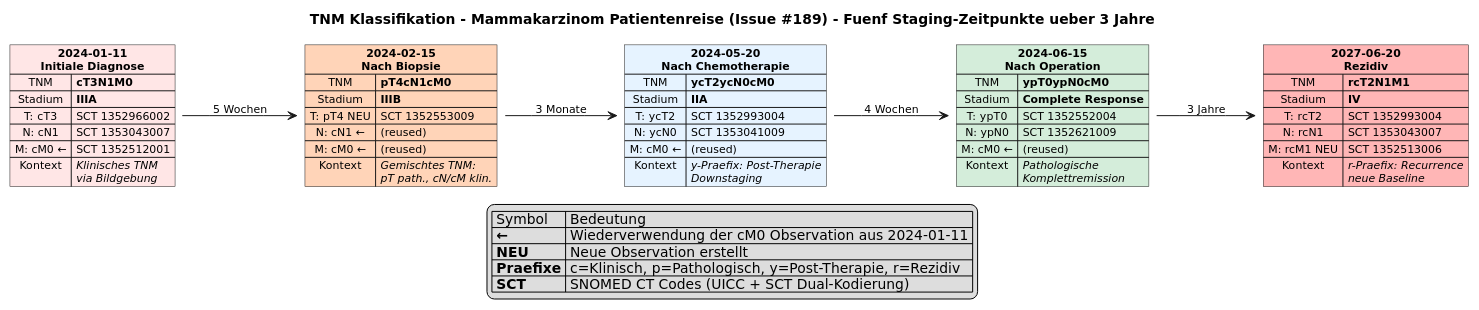
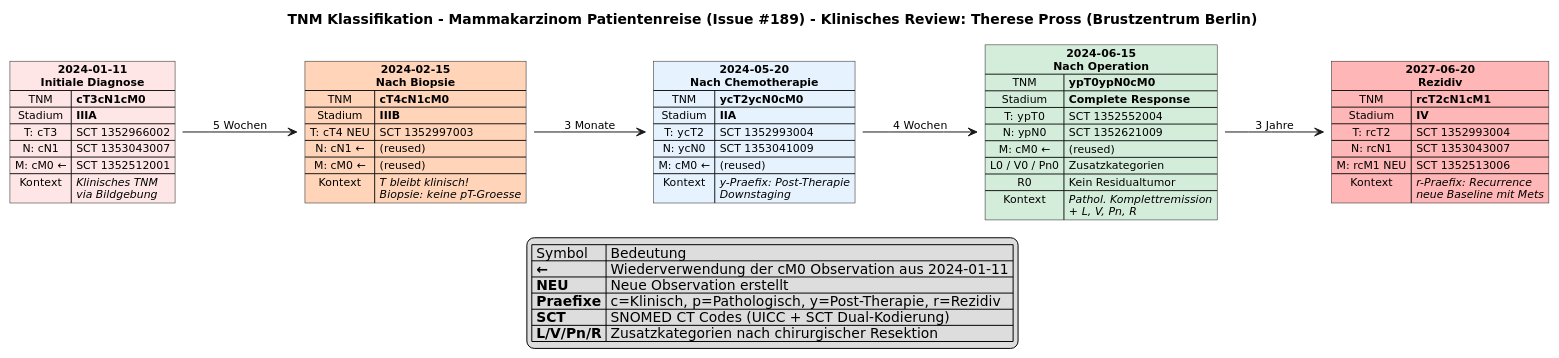
One commit to medizininformatik-initiative/kerndatensatzmodul-onkologie changed the diagram in input/images-source/tnm-breast-cancer-journey.puml. Above: the diagram before and after it, drawn with PlantUML. The commit also changed 13 other files, not shown here.

First line of the commit message:
fix: apply clinical review feedback from Therese Pross (#189)

```diff
--- a/input/images-source/tnm-breast-cancer-journey.puml
+++ b/input/images-source/tnm-breast-cancer-journey.puml
@@ -1,76 +1,79 @@
 @startuml TNM_Breast_Cancer_Journey
 
 left to right direction
 
 <style>
 title {
   FontSize 14
   FontStyle bold
 }
 </style>
 
 skinparam defaultFontSize 11
 skinparam defaultFontName "DejaVu Sans"
 skinparam shadowing false
 
-title TNM Klassifikation - Mammakarzinom Patientenreise (Issue #189) - Fuenf Staging-Zeitpunkte ueber 3 Jahre
+title TNM Klassifikation - Mammakarzinom Patientenreise (Issue #189) - Klinisches Review: Therese Pross (Brustzentrum Berlin)
 
 map "**2024-01-11**\n**Initiale Diagnose**" as TP1 #FFE6E6 {
-  TNM => **cT3N1M0**
+  TNM => **cT3cN1cM0**
   Stadium => **IIIA**
   T: cT3 => SCT 1352966002
   N: cN1 => SCT 1353043007
   M: cM0 <U+2190> => SCT 1352512001
   Kontext => //Klinisches TNM//\n//via Bildgebung//
 }
 
 map "**2024-02-15**\n**Nach Biopsie**" as TP2 #FFD4B8 {
-  TNM => **pT4cN1cM0**
+  TNM => **cT4cN1cM0**
   Stadium => **IIIB**
-  T: pT4 NEU => SCT 1352553009
+  T: cT4 NEU => SCT 1352997003
   N: cN1 <U+2190> => (reused)
   M: cM0 <U+2190> => (reused)
-  Kontext => //Gemischtes TNM://\n//pT path., cN/cM klin.//
+  Kontext => //T bleibt klinisch!//\n//Biopsie: keine pT-Groesse//
 }
 
 map "**2024-05-20**\n**Nach Chemotherapie**" as TP3 #E6F3FF {
   TNM => **ycT2ycN0cM0**
   Stadium => **IIA**
   T: ycT2 => SCT 1352993004
   N: ycN0 => SCT 1353041009
   M: cM0 <U+2190> => (reused)
   Kontext => //y-Praefix: Post-Therapie//\n//Downstaging//
 }
 
 map "**2024-06-15**\n**Nach Operation**" as TP4 #D4EDDA {
   TNM => **ypT0ypN0cM0**
   Stadium => **Complete Response**
   T: ypT0 => SCT 1352552004
   N: ypN0 => SCT 1352621009
   M: cM0 <U+2190> => (reused)
-  Kontext => //Pathologische//\n//Komplettremission//
+  L0 / V0 / Pn0 => Zusatzkategorien
+  R0 => Kein Residualtumor
+  Kontext => //Pathol. Komplettremission//\n//+ L, V, Pn, R//
 }
 
 map "**2027-06-20**\n**Rezidiv**" as TP5 #FFB6B6 {
-  TNM => **rcT2N1M1**
+  TNM => **rcT2cN1cM1**
   Stadium => **IV**
   T: rcT2 => SCT 1352993004
   N: rcN1 => SCT 1353043007
   M: rcM1 NEU => SCT 1352513006
-  Kontext => //r-Praefix: Recurrence//\n//neue Baseline//
+  Kontext => //r-Praefix: Recurrence//\n//neue Baseline mit Mets//
 }
 
 TP1 --> TP2 : 5 Wochen
 TP2 --> TP3 : 3 Monate
 TP3 --> TP4 : 4 Wochen
 TP4 --> TP5 : 3 Jahre
 
 legend bottom
   | Symbol | Bedeutung |
   | **<U+2190>** | Wiederverwendung der cM0 Observation aus 2024-01-11 |
   | **NEU** | Neue Observation erstellt |
   | **Praefixe** | c=Klinisch, p=Pathologisch, y=Post-Therapie, r=Rezidiv |
   | **SCT** | SNOMED CT Codes (UICC + SCT Dual-Kodierung) |
+  | **L/V/Pn/R** | Zusatzkategorien nach chirurgischer Resektion |
 end legend
 
 @enduml
```
